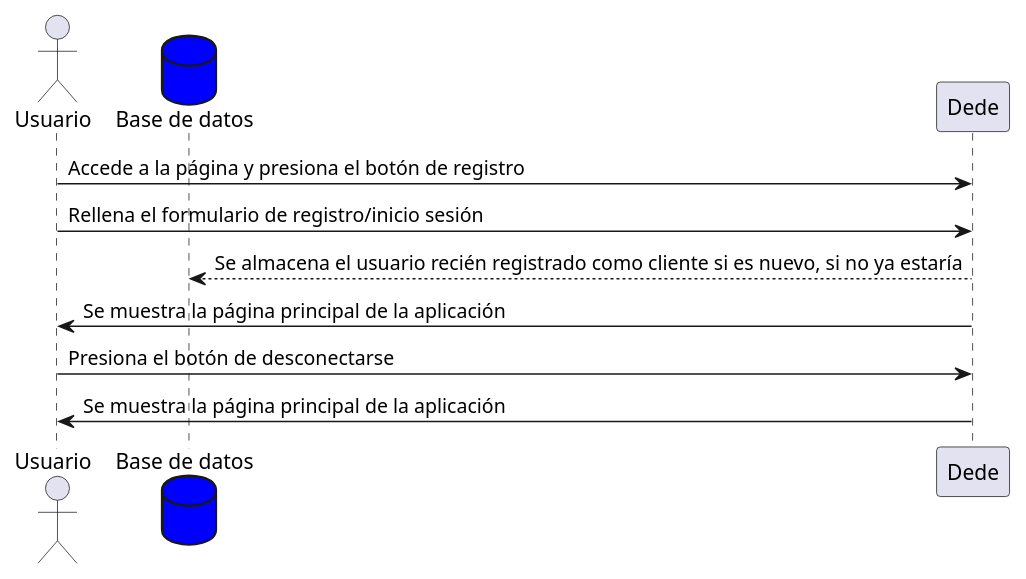
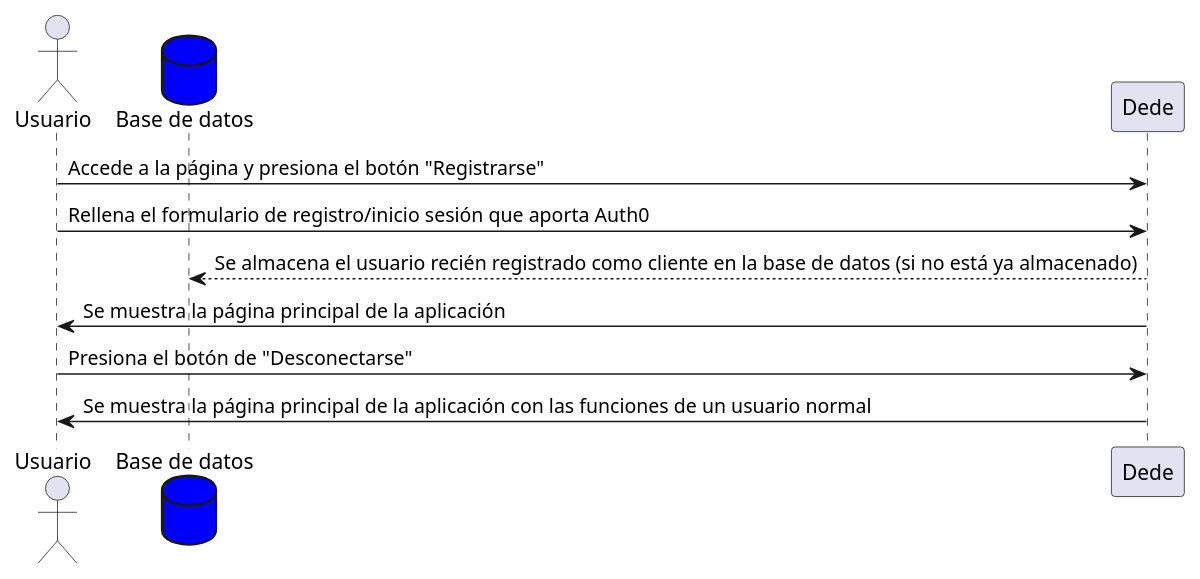
One commit to Arquisoft/dede_es2a changed the sixth of 6 diagrams in docs/06_runtime_view.adoc. Above: the diagram before and after it, drawn with PlantUML. The commit also changed other lines of this file, not shown here.

Commit message:
Mejoras en los diagramas de secuencia

```diff
--- a/docs/06_runtime_view.adoc
+++ b/docs/06_runtime_view.adoc
@@ -113,11 +103,11 @@
 [plantuml,"CierreSesión",png]
 ----
 actor Usuario
 database BaseDeDatos as "Base de datos" #blue
-Usuario -> Dede: Accede a la página y presiona el botón de registro
-Usuario -> Dede: Rellena el formulario de registro/inicio sesión
-BaseDeDatos <-- Dede: Se almacena el usuario recién registrado como cliente si es nuevo, si no ya estaría
+Usuario -> Dede: Accede a la página y presiona el botón "Registrarse"
+Usuario -> Dede: Rellena el formulario de registro/inicio sesión que aporta Auth0
+BaseDeDatos <-- Dede: Se almacena el usuario recién registrado como cliente en la base de datos (si no está ya almacenado)
 Usuario <- Dede: Se muestra la página principal de la aplicación
-Usuario -> Dede: Presiona el botón de desconectarse
-Usuario <- Dede: Se muestra la página principal de la aplicación
+Usuario -> Dede: Presiona el botón de "Desconectarse"
+Usuario <- Dede: Se muestra la página principal de la aplicación con las funciones de un usuario normal
 ----
```
